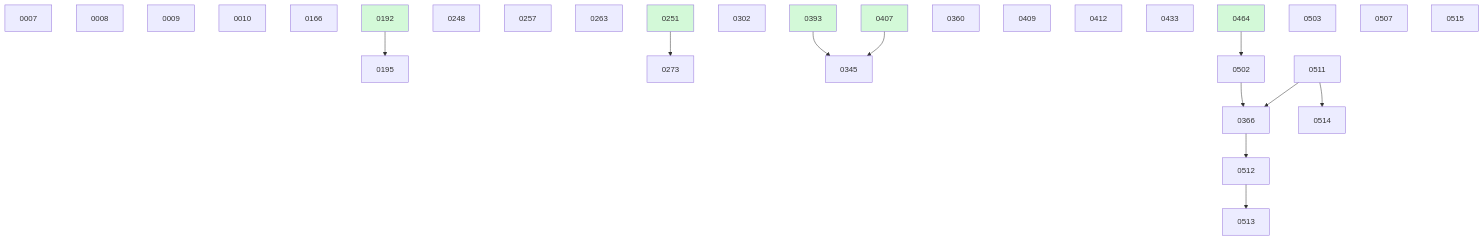
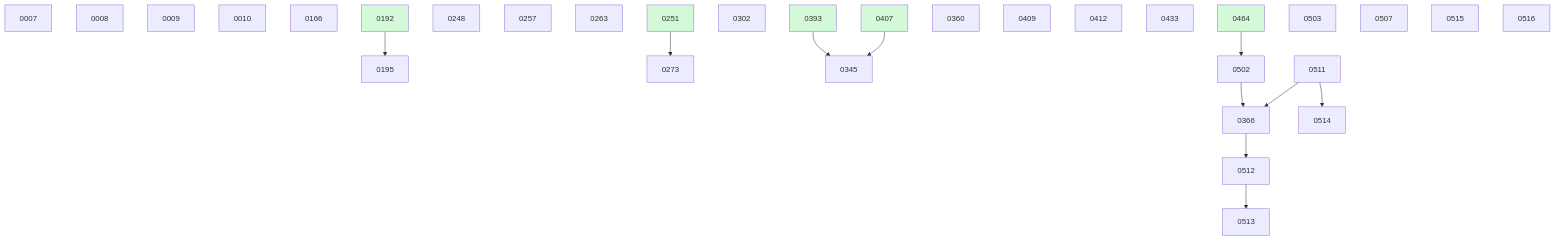
One commit to danielhanold/docket changed the diagram in docs/changes/BOARD.md. Above: the diagram before and after it, drawn with Mermaid. The commit also changed other lines of this file and 1 other file, not shown here.

````diff
--- a/docs/changes/BOARD.md
+++ b/docs/changes/BOARD.md
@@ -50,36 +51,37 @@
 ```mermaid
 graph TD
   0007
   0008
   0009
   0010
   0166
   0192 --> 0195
   0248
   0257
   0263
   0251 --> 0273
   0302
   0393 --> 0345
   0407 --> 0345
   0360
   0502 --> 0366
   0511 --> 0366
   0409
   0412
   0433
   0464 --> 0502
   0503
   0507
   0511
   0366 --> 0512
   0512 --> 0513
   0511 --> 0514
   0515
+  0516
   0192:::done
   0251:::done
   0393:::done
   0407:::done
   0464:::done
   classDef done fill:#d3f9d8;
 ```
````
